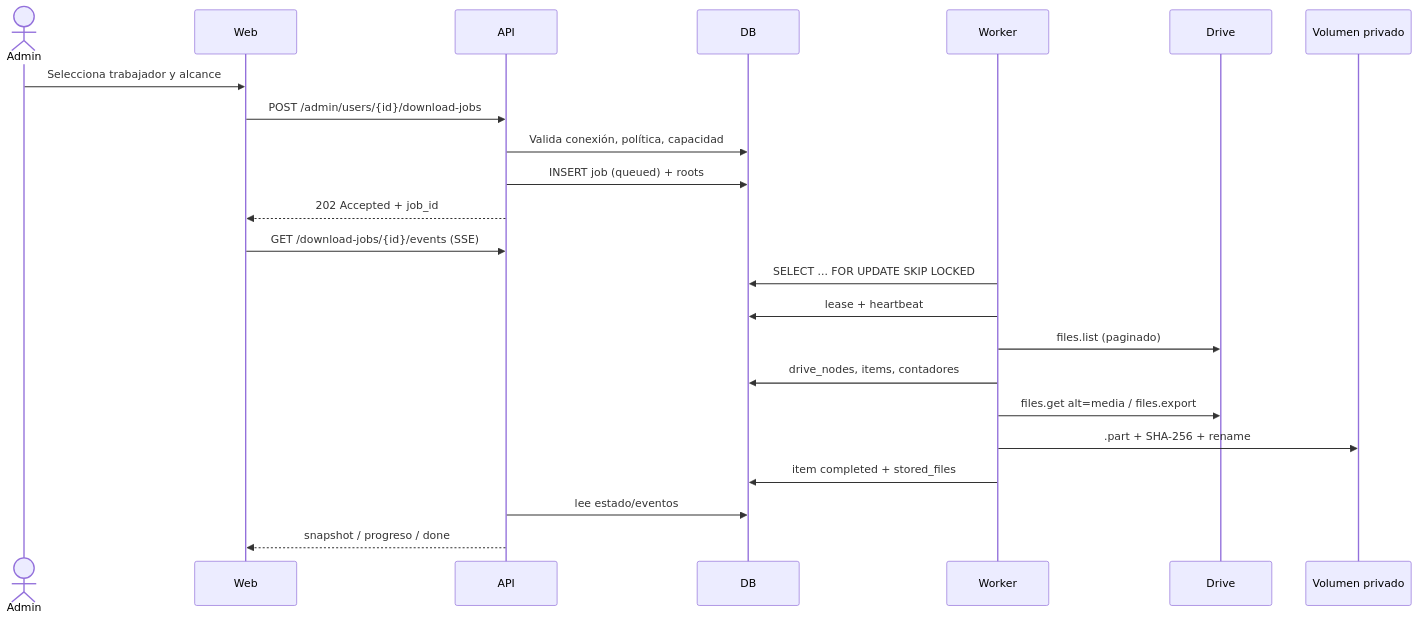
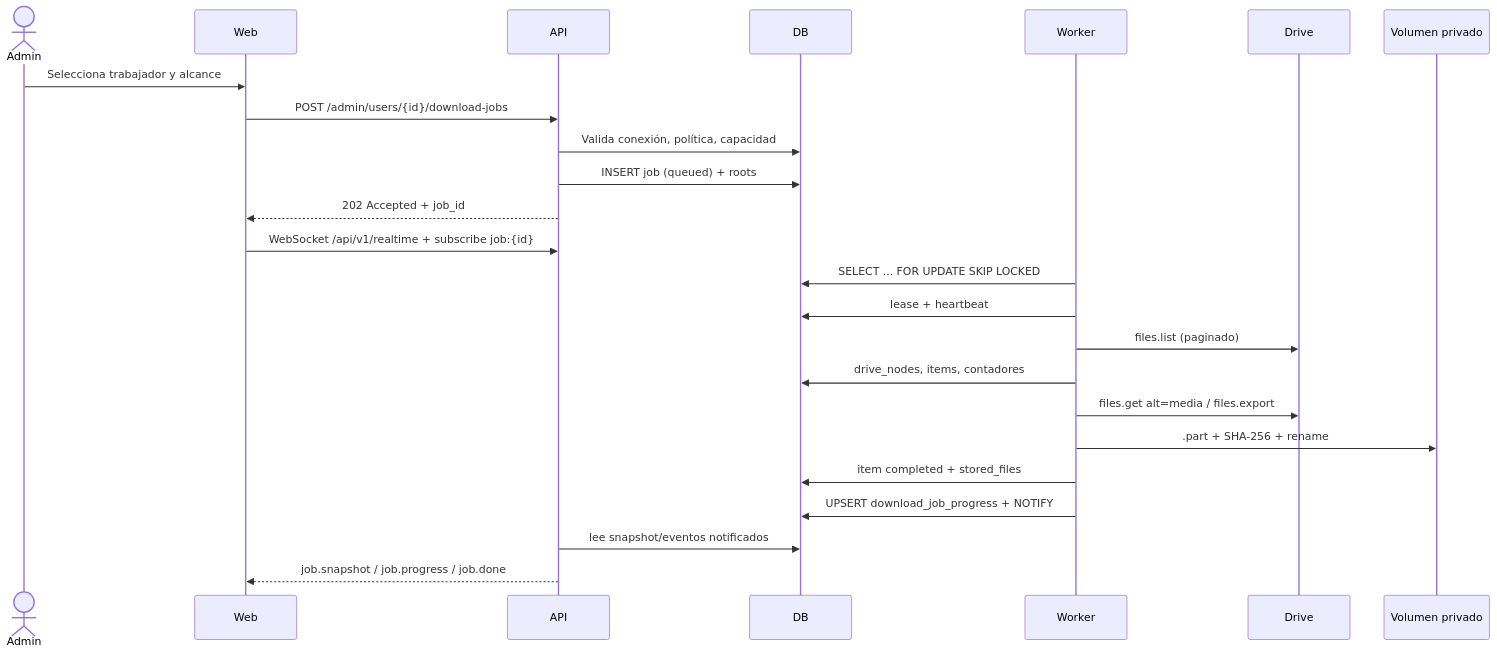
One commit to gidanodfu/TERRA changed the second of 2 diagrams in docs/architecture/overview.md. Above: the diagram before and after it, drawn with Mermaid. The commit also changed other lines of this file and 57 other files, not shown here.

````diff
--- a/docs/architecture/overview.md
+++ b/docs/architecture/overview.md
@@ -46,26 +47,27 @@
 ```mermaid
 sequenceDiagram
     actor Admin
     participant Web
     participant API
     participant DB
     participant Worker
     participant Drive
     participant FS as Volumen privado
 
     Admin->>Web: Selecciona trabajador y alcance
     Web->>API: POST /admin/users/{id}/download-jobs
     API->>DB: Valida conexión, política, capacidad
     API->>DB: INSERT job (queued) + roots
     API-->>Web: 202 Accepted + job_id
-    Web->>API: GET /download-jobs/{id}/events (SSE)
+    Web->>API: WebSocket /api/v1/realtime + subscribe job:{id}
     Worker->>DB: SELECT ... FOR UPDATE SKIP LOCKED
     Worker->>DB: lease + heartbeat
     Worker->>Drive: files.list (paginado)
     Worker->>DB: drive_nodes, items, contadores
     Worker->>Drive: files.get alt=media / files.export
     Worker->>FS: .part + SHA-256 + rename
     Worker->>DB: item completed + stored_files
-    API->>DB: lee estado/eventos
-    API-->>Web: snapshot / progreso / done
+    Worker->>DB: UPSERT download_job_progress + NOTIFY
+    API->>DB: lee snapshot/eventos notificados
+    API-->>Web: job.snapshot / job.progress / job.done
 ```
````
